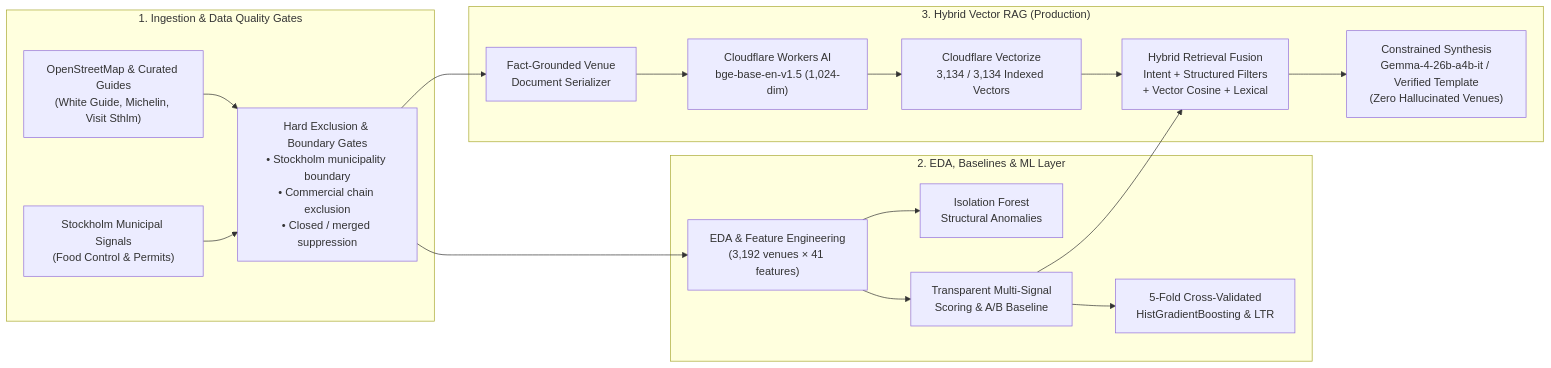
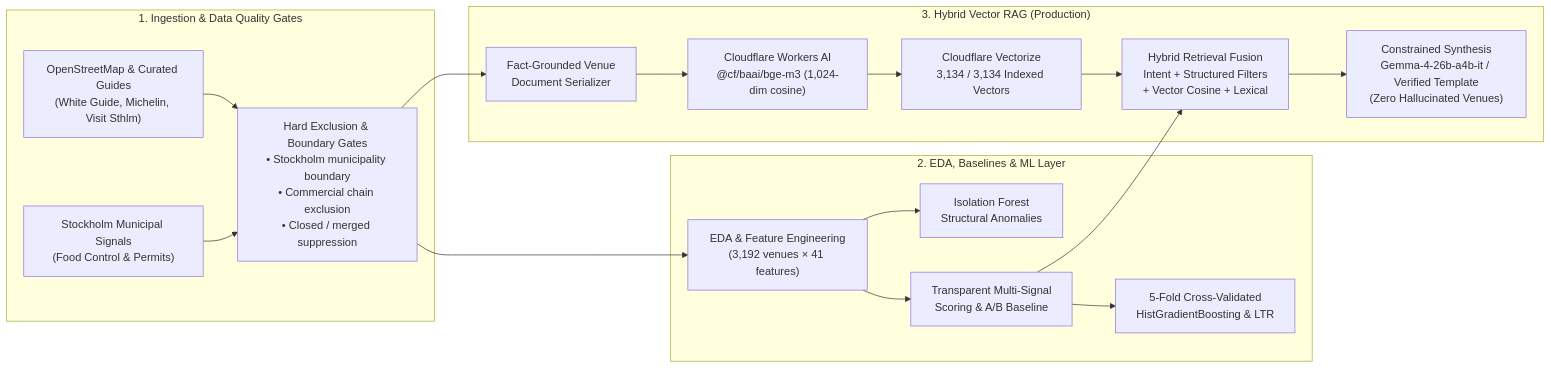
One commit to tompat1/motkarta-ml-rag-exam changed the first of 2 diagrams in README.md. Above: the diagram before and after it, drawn with Mermaid. The commit also changed other lines of this file and 2 other files, not shown here.

````diff
--- a/README.md
+++ b/README.md
@@ -35,35 +33,35 @@
 ```mermaid
 flowchart LR
   subgraph Data["1. Ingestion & Data Quality Gates"]
     OSM["OpenStreetMap & Curated Guides<br/>(White Guide, Michelin, Visit Sthlm)"]
     MUNI["Stockholm Municipal Signals<br/>(Food Control & Permits)"]
     GATES["Hard Exclusion & Boundary Gates<br/>• Stockholm municipality boundary<br/>• Commercial chain exclusion<br/>• Closed / merged suppression"]
   end
 
   subgraph ML["2. EDA, Baselines & ML Layer"]
     EDA["EDA & Feature Engineering<br/>(3,192 venues × 41 features)"]
     OUT["Isolation Forest<br/>Structural Anomalies"]
     BASE["Transparent Multi-Signal<br/>Scoring & A/B Baseline"]
     LTR["5-Fold Cross-Validated<br/>HistGradientBoosting & LTR"]
   end
 
   subgraph RAG["3. Hybrid Vector RAG (Production)"]
     DOC["Fact-Grounded Venue<br/>Document Serializer"]
-    EMB["Cloudflare Workers AI<br/>bge-base-en-v1.5 (1,024-dim)"]
+    EMB["Cloudflare Workers AI<br/>@cf/baai/bge-m3 (1,024-dim cosine)"]
     VEC["Cloudflare Vectorize<br/>3,134 / 3,134 Indexed Vectors"]
     RET["Hybrid Retrieval Fusion<br/>Intent + Structured Filters<br/>+ Vector Cosine + Lexical"]
     SYN["Constrained Synthesis<br/>Gemma-4-26b-a4b-it / Verified Template<br/>(Zero Hallucinated Venues)"]
   end
 
   OSM --> GATES
   MUNI --> GATES
   GATES --> EDA
   EDA --> OUT
   EDA --> BASE
   BASE --> LTR
   GATES --> DOC
   DOC --> EMB --> VEC
   VEC --> RET
   BASE --> RET
   RET --> SYN
 ```
````
